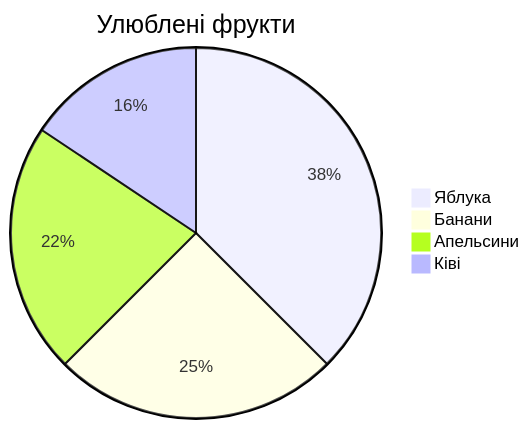
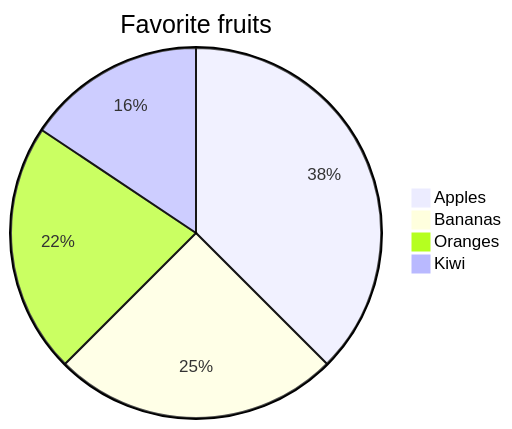
Before and after one commit to Andrupavlov/GHDoc-temp: the fifth of 8 diagrams in Help/Mermaid.md, drawn with Mermaid. The commit also changed other lines of this file, not shown here.

````diff
--- a/Help/Mermaid.md
+++ b/Help/Mermaid.md
@@ -134,7 +134,7 @@
 ```mermaid
-pie title Улюблені фрукти
-    "Яблука" : 120
-    "Банани" : 80
-    "Апельсини" : 70
-    "Ківі" : 50
+pie title Favorite fruits
+    "Apples" : 120
+    "Bananas" : 80
+    "Oranges" : 70
+    "Kiwi" : 50
 ```
````
